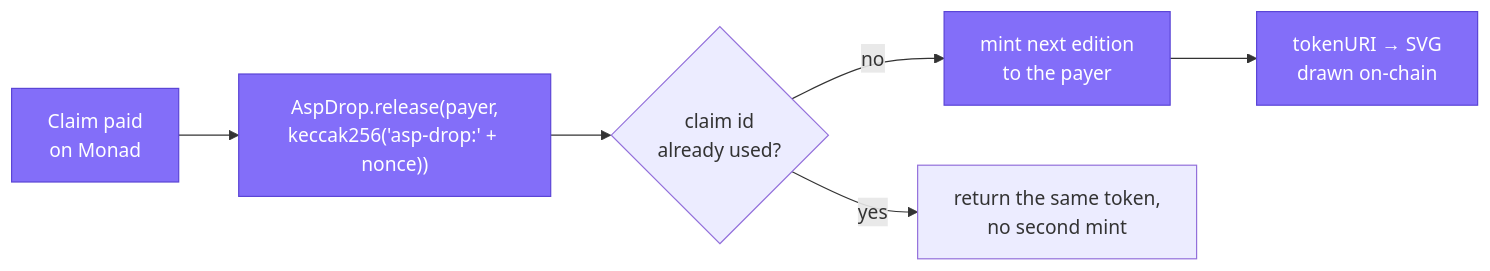
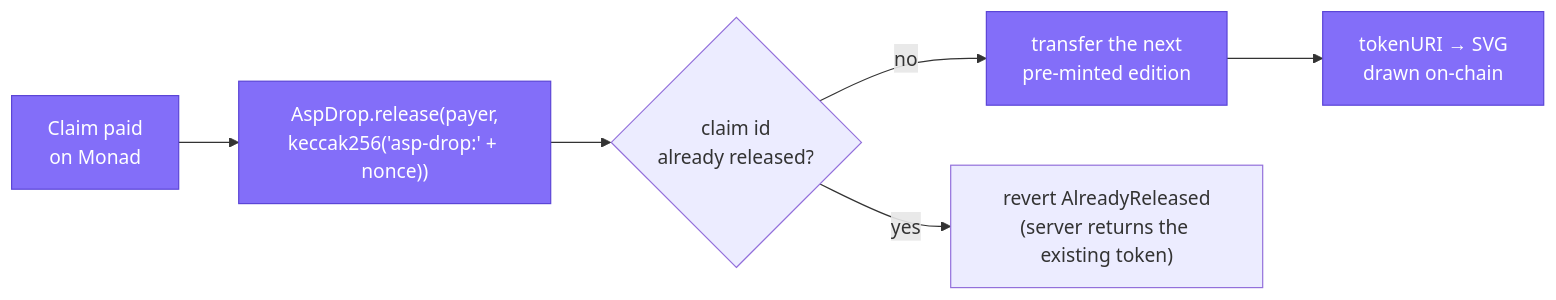
The third of 6 diagrams in README.md (altaga/Asp), drawn with Mermaid before and after one commit. The commit also changed other lines of this file and 6 other files, not shown here.

Commit message:
README says exactly who enforces what: gateway owns one-per-person, AspDrop owns one-per-claim. Plain diagrams instead of illustrations

````diff
--- a/README.md
+++ b/README.md
@@ -77,9 +80,9 @@
 ```mermaid
 flowchart LR
   Paid["Claim paid<br/>on Monad"]:::monad --> R["AspDrop.release(payer,<br/>keccak256('asp-drop:' + nonce))"]:::monad
-  R --> Q{"claim id<br/>already used?"}
-  Q -->|no| Mint["mint next edition<br/>to the payer"]:::monad
-  Q -->|yes| Same["return the same token,<br/>no second mint"]
-  Mint --> Art["tokenURI → SVG<br/>drawn on-chain"]:::monad
+  R --> Q{"claim id<br/>already released?"}
+  Q -->|no| Give["transfer the next<br/>pre-minted edition"]:::monad
+  Q -->|yes| Rev["revert AlreadyReleased<br/>(server returns the existing token)"]
+  Give --> Art["tokenURI → SVG<br/>drawn on-chain"]:::monad
   classDef monad fill:#836EF9,stroke:#5B45D6,color:#fff
 ```
````
